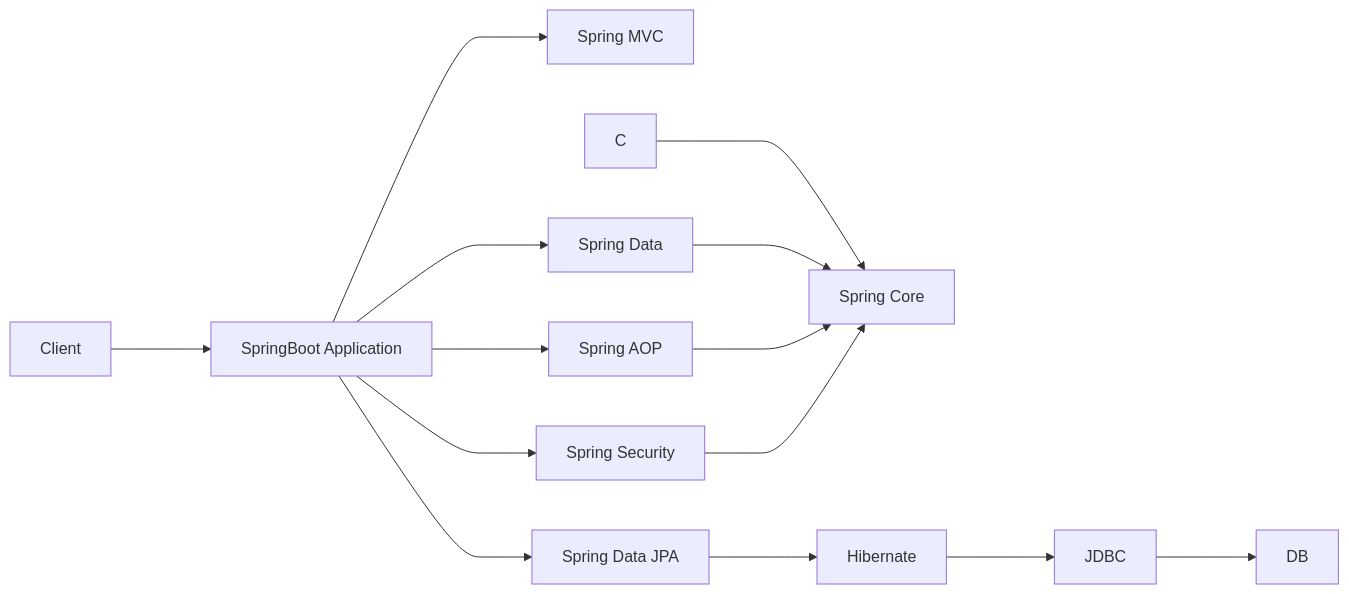
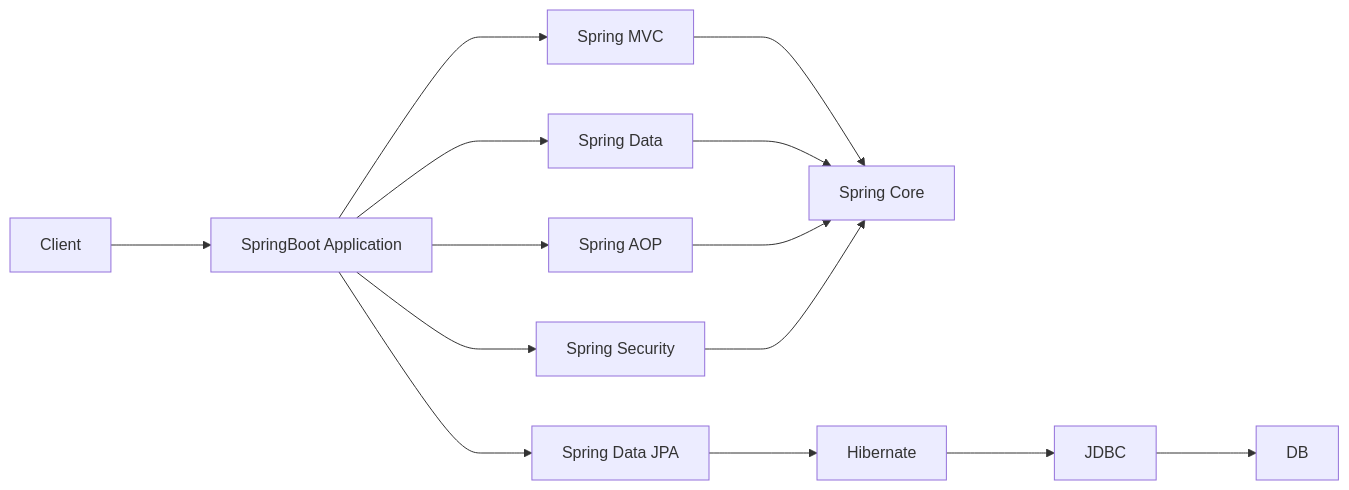
One commit to suvendumondal4125/Java-Journey changed the seventh of 7 diagrams in notes/spring.md. Above: the diagram before and after it, drawn with Mermaid.

Commit message:
Day 3 Notes

````diff
--- a/notes/spring.md
+++ b/notes/spring.md
@@ -130,16 +130,16 @@
 ```mermaid
 flowchart LR
     A[Client] ---> B[SpringBoot Application]
-    B ---> c[Spring MVC]
+    B ---> C[Spring MVC]
     B ---> D[Spring Data]
     B ---> E[Spring AOP]
     B ---> F[Spring Security]
     C ---> G[Spring Core]
     D ---> G[Spring Core]
     E ---> G[Spring Core]
     F ---> G[Spring Core]
     B ---> H[Spring Data JPA]
     H ---> I[Hibernate]
     I ---> J[JDBC]
     J ---> K[DB]
 ```
````
